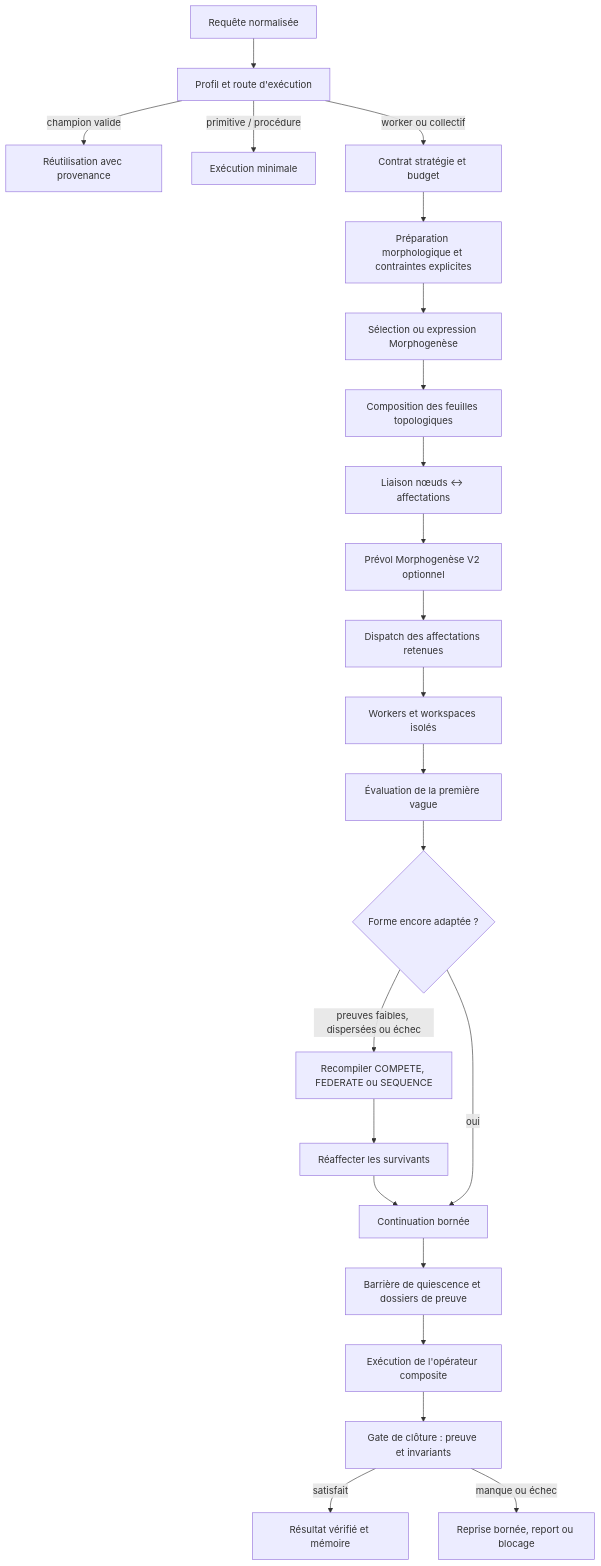
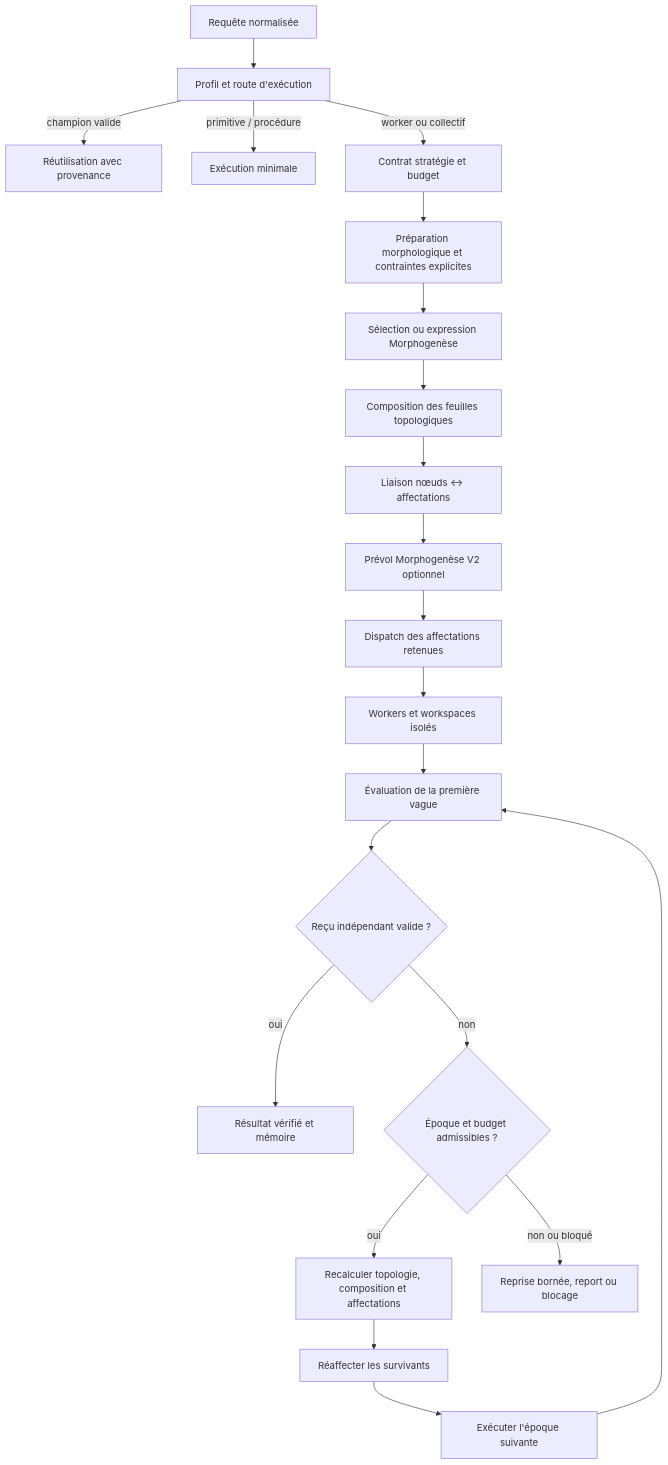
The first of 6 diagrams in docs/02-orchestration/orchestration.md (PISSARAW/GenOS), drawn with Mermaid before and after one commit. The commit also changed other lines of this file and 63 other files, not shown here.

````diff
--- a/docs/02-orchestration/orchestration.md
+++ b/docs/02-orchestration/orchestration.md
@@ -47,25 +53,23 @@
 ```mermaid
 flowchart TD
     REQ[Requête normalisée] --> ROUTE[Profil et route d'exécution]
     ROUTE -->|champion valide| REUSE[Réutilisation avec provenance]
     ROUTE -->|primitive / procédure| DIRECT[Exécution minimale]
     ROUTE -->|worker ou collectif| CONTRACT[Contrat stratégie et budget]
     CONTRACT --> PREP[Préparation morphologique et contraintes explicites]
     PREP --> SELECT[Sélection ou expression Morphogenèse]
     SELECT --> PLAN[Composition des feuilles topologiques]
     PLAN --> BIND[Liaison nœuds ↔ affectations]
     BIND --> SHADOW[Prévol Morphogenèse V2 optionnel]
     SHADOW --> DISPATCH[Dispatch des affectations retenues]
     DISPATCH --> WORK[Workers et workspaces isolés]
     WORK --> EVIDENCE[Évaluation de la première vague]
-    EVIDENCE --> ADAPT{Forme encore adaptée ?}
-    ADAPT -->|preuves faibles, dispersées ou échec| REGRAPH[Recompiler COMPETE, FEDERATE ou SEQUENCE]
+    EVIDENCE --> GATE{Reçu indépendant valide ?}
+    GATE -->|oui| STORE[Résultat vérifié et mémoire]
+    GATE -->|non| ADAPT{Époque et budget admissibles ?}
+    ADAPT -->|oui| REGRAPH[Recalculer topologie, composition et affectations]
     REGRAPH --> REBIND[Réaffecter les survivants]
-    REBIND --> CONT[Continuation bornée]
-    ADAPT -->|oui| CONT
-    CONT --> BARRIER[Barrière de quiescence et dossiers de preuve]
-    BARRIER --> SYNTH[Exécution de l'opérateur composite]
-    SYNTH --> GATE[Gate de clôture : preuve et invariants]
-    GATE -->|satisfait| STORE[Résultat vérifié et mémoire]
-    GATE -->|manque ou échec| RECOVER[Reprise bornée, report ou blocage]
+    REBIND --> CONT[Exécuter l'époque suivante]
+    CONT --> EVIDENCE
+    ADAPT -->|non ou bloqué| RECOVER[Reprise bornée, report ou blocage]
 ```
````
